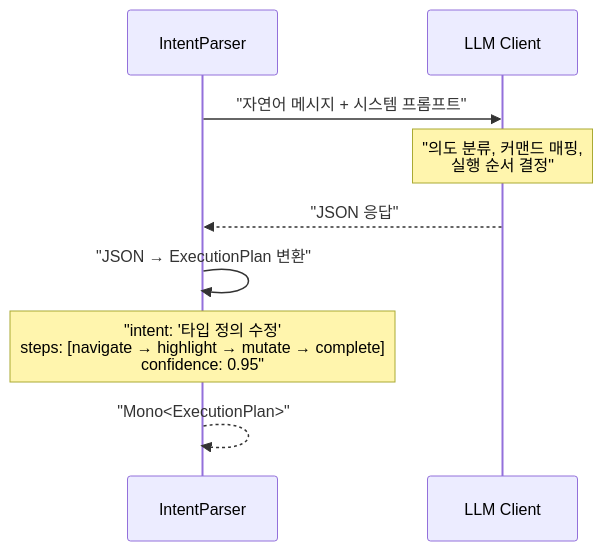
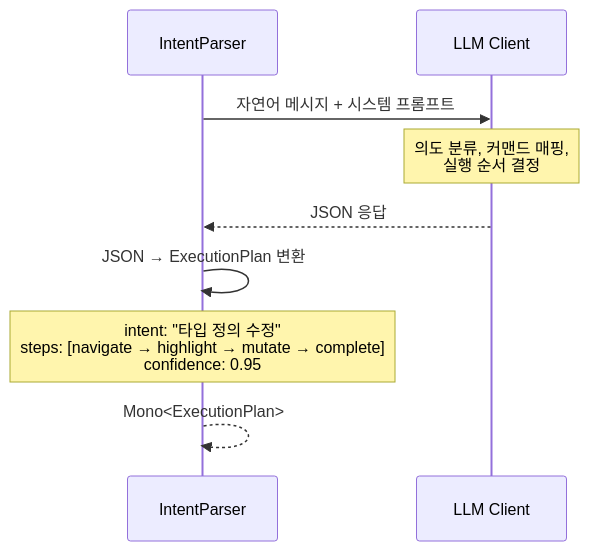
One commit to sayaya1090/handbook changed the second of 13 diagrams in assistant/USECASE.md. Above: the diagram before and after it, drawn with Mermaid. The commit also changed other lines of this file and 58 other files, not shown here.

````diff
--- a/assistant/USECASE.md
+++ b/assistant/USECASE.md
@@ -39,12 +39,12 @@
 ```mermaid
 sequenceDiagram
     participant Parser as IntentParser
     participant LLM as LLM Client
 
-    Parser->>LLM: "자연어 메시지 + 시스템 프롬프트"
-    Note over LLM: "의도 분류, 커맨드 매핑,<br/>실행 순서 결정"
-    LLM-->>Parser: "JSON 응답"
-    Parser->>Parser: "JSON → ExecutionPlan 변환"
-    Note over Parser: "intent: '타입 정의 수정'<br/>steps: [navigate → highlight → mutate → complete]<br/>confidence: 0.95"
-    Parser-->>Parser: "Mono<ExecutionPlan>"
+    Parser->>LLM: 자연어 메시지 + 시스템 프롬프트
+    Note over LLM: 의도 분류, 커맨드 매핑,<br/>실행 순서 결정
+    LLM-->>Parser: JSON 응답
+    Parser->>Parser: JSON → ExecutionPlan 변환
+    Note over Parser: intent: "타입 정의 수정"<br/>steps: [navigate → highlight → mutate → complete]<br/>confidence: 0.95
+    Parser-->>Parser: Mono<ExecutionPlan>
 ```
````
